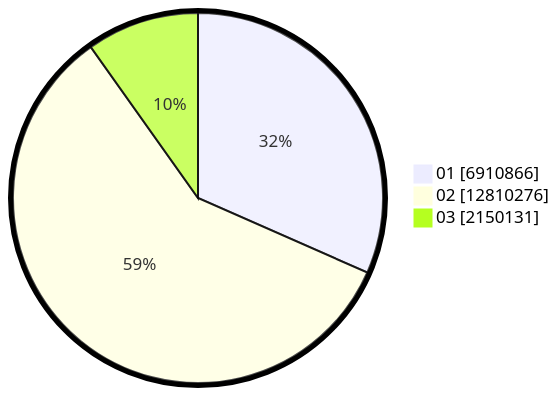
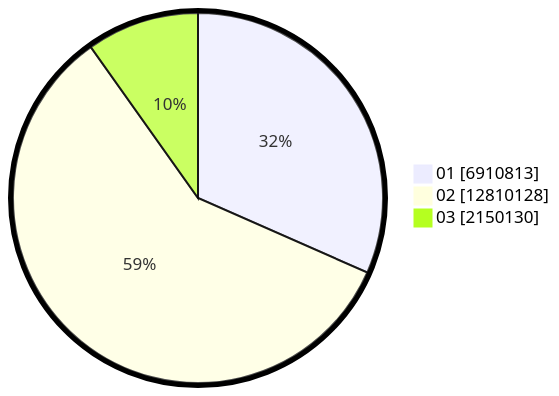
Before and after one commit to gigit-pemilu/pemilu-2024: the second of 2 diagrams in pilpres/hitung-suara/sub/table-wilayah-32.md, drawn with Mermaid. The commit also changed other lines of this file and 8 other files, not shown here.

````diff
--- a/pilpres/hitung-suara/sub/table-wilayah-32.md
+++ b/pilpres/hitung-suara/sub/table-wilayah-32.md
@@ -15,7 +15,7 @@
 ```mermaid
 %%{init: {"pie": {"textPosition": 0.5}, "themeVariables": {"pieOuterStrokeWidth": "5px"}} }%%
 pie showData
-    "01" : 6910866
-    "02" : 12810276
-    "03" : 2150131
+    "01" : 6910813
+    "02" : 12810128
+    "03" : 2150130
 ```
````
